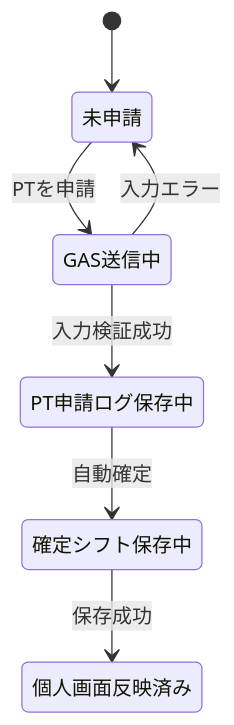
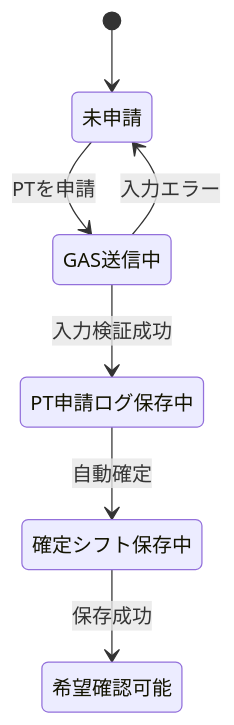
Before and after one commit to OgawaTatsukicreator/shift-submission: the third of 7 diagrams in .docx/Design.md, drawn with Mermaid. The commit also changed other lines of this file and 4 other files, not shown here.

````diff
--- a/.docx/Design.md
+++ b/.docx/Design.md
@@ -258,9 +306,9 @@
 ```mermaid
 stateDiagram-v2
   [*] --> 未申請
   未申請 --> GAS送信中: PTを申請
   GAS送信中 --> PT申請ログ保存中: 入力検証成功
   PT申請ログ保存中 --> 確定シフト保存中: 自動確定
-  確定シフト保存中 --> 個人画面反映済み: 保存成功
+  確定シフト保存中 --> 希望確認可能: 保存成功
   GAS送信中 --> 未申請: 入力エラー
 ```
````
